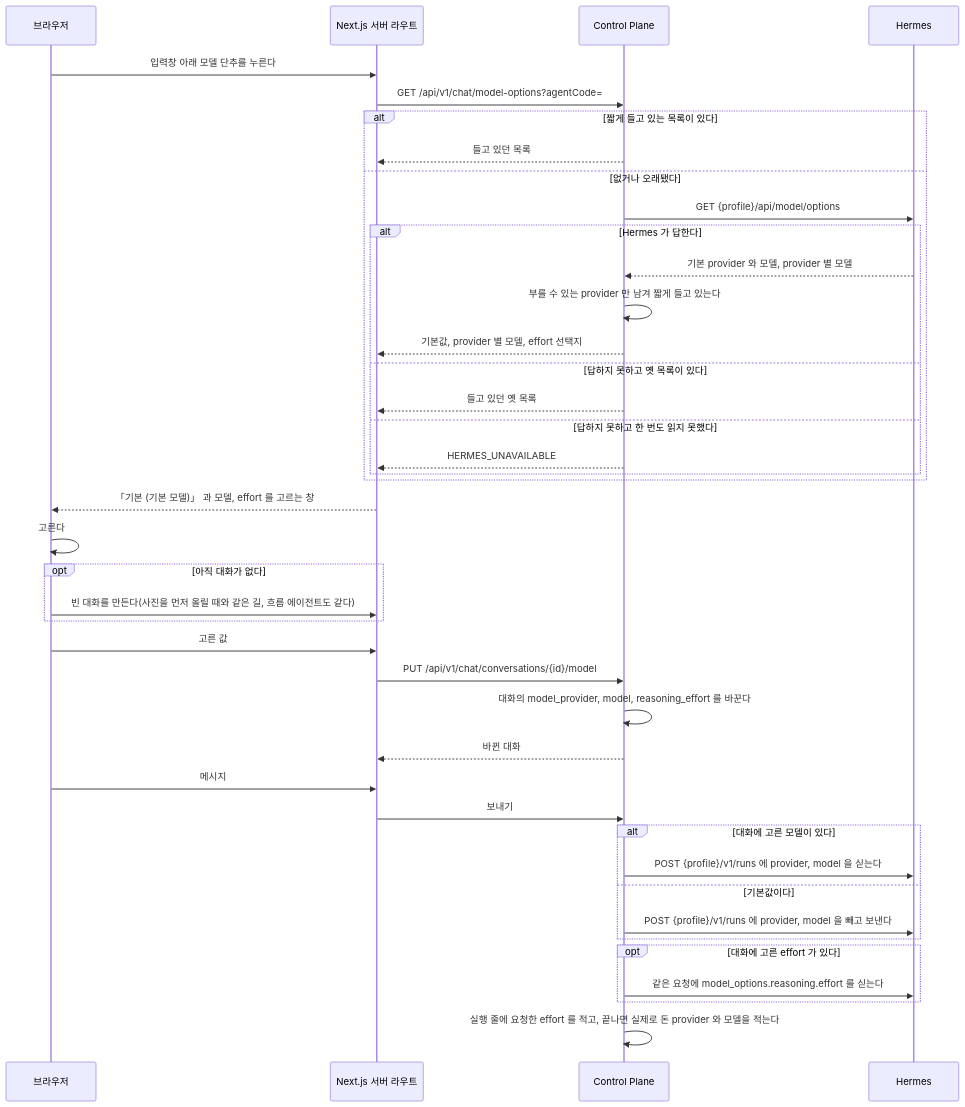
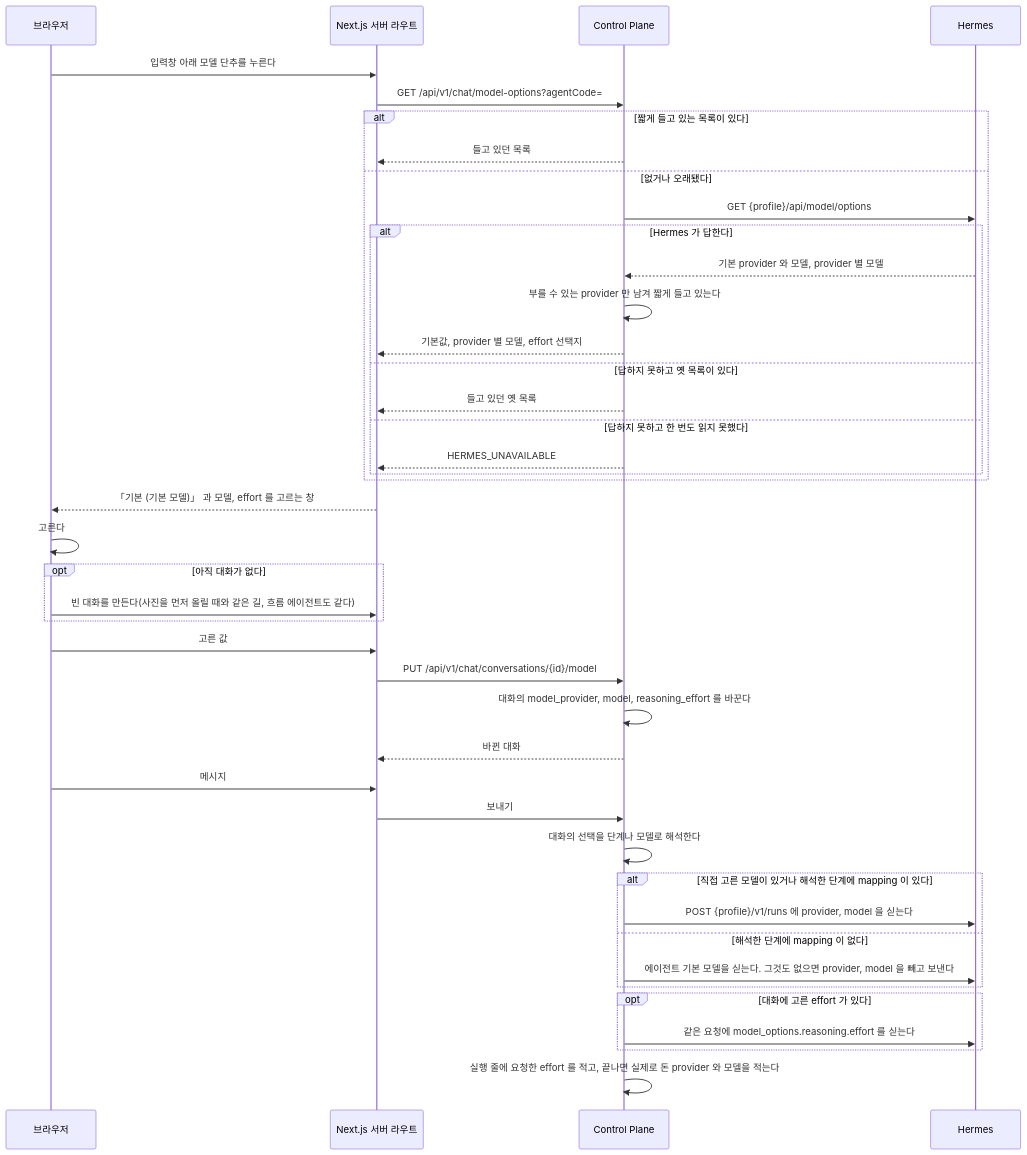
The first of 5 diagrams in docs/frontend/chat.md (jon890/fos-assistant), drawn with Mermaid before and after one commit. The commit also changed other lines of this file and 38 other files, not shown here.

````diff
--- a/docs/frontend/chat.md
+++ b/docs/frontend/chat.md
@@ -9,44 +9,45 @@
 ```mermaid
 sequenceDiagram
     participant B as 브라우저
     participant W as Next.js 서버 라우트
     participant C as Control Plane
     participant H as Hermes
 
     B->>W: 입력창 아래 모델 단추를 누른다
     W->>C: GET /api/v1/chat/model-options?agentCode=
     alt 짧게 들고 있는 목록이 있다
         C-->>W: 들고 있던 목록
     else 없거나 오래됐다
         C->>H: GET {profile}/api/model/options
         alt Hermes 가 답한다
             H-->>C: 기본 provider 와 모델, provider 별 모델
             C->>C: 부를 수 있는 provider 만 남겨 짧게 들고 있는다
             C-->>W: 기본값, provider 별 모델, effort 선택지
         else 답하지 못하고 옛 목록이 있다
             C-->>W: 들고 있던 옛 목록
         else 답하지 못하고 한 번도 읽지 못했다
             C-->>W: HERMES_UNAVAILABLE
         end
     end
     W-->>B: 「기본 (기본 모델)」 과 모델, effort 를 고르는 창
     B->>B: 고른다
     opt 아직 대화가 없다
         B->>W: 빈 대화를 만든다(사진을 먼저 올릴 때와 같은 길, 흐름 에이전트도 같다)
     end
     B->>W: 고른 값
     W->>C: PUT /api/v1/chat/conversations/{id}/model
     C->>C: 대화의 model_provider, model, reasoning_effort 를 바꾼다
     C-->>W: 바뀐 대화
     B->>W: 메시지
     W->>C: 보내기
-    alt 대화에 고른 모델이 있다
+    C->>C: 대화의 선택을 단계나 모델로 해석한다
+    alt 직접 고른 모델이 있거나 해석한 단계에 mapping 이 있다
         C->>H: POST {profile}/v1/runs 에 provider, model 을 싣는다
-    else 기본값이다
-        C->>H: POST {profile}/v1/runs 에 provider, model 을 빼고 보낸다
+    else 해석한 단계에 mapping 이 없다
+        C->>H: 에이전트 기본 모델을 싣는다. 그것도 없으면 provider, model 을 빼고 보낸다
     end
     opt 대화에 고른 effort 가 있다
         C->>H: 같은 요청에 model_options.reasoning.effort 를 싣는다
     end
     C->>C: 실행 줄에 요청한 effort 를 적고, 끝나면 실제로 돈 provider 와 모델을 적는다
 ```
````
